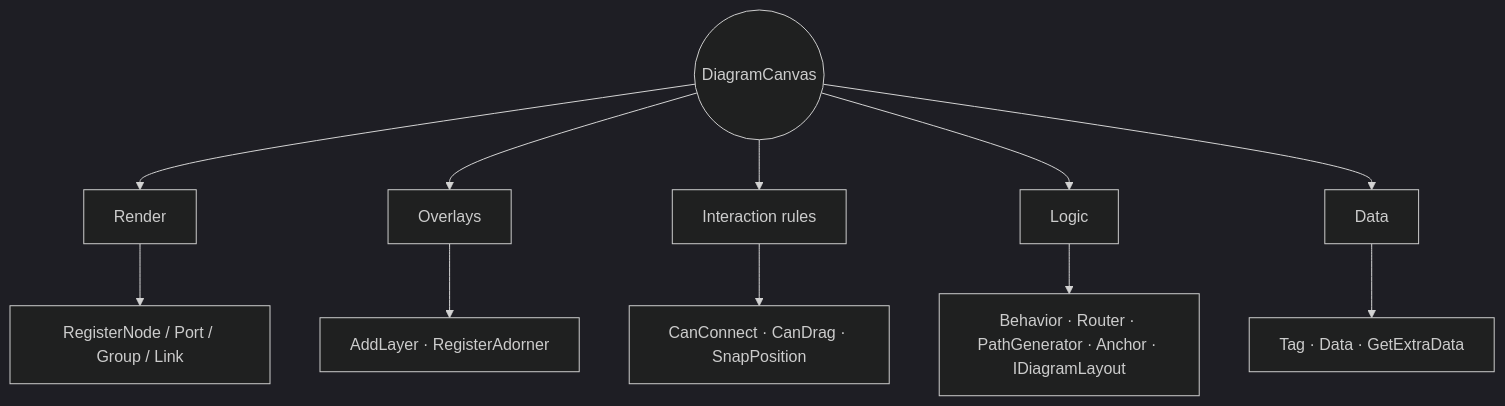
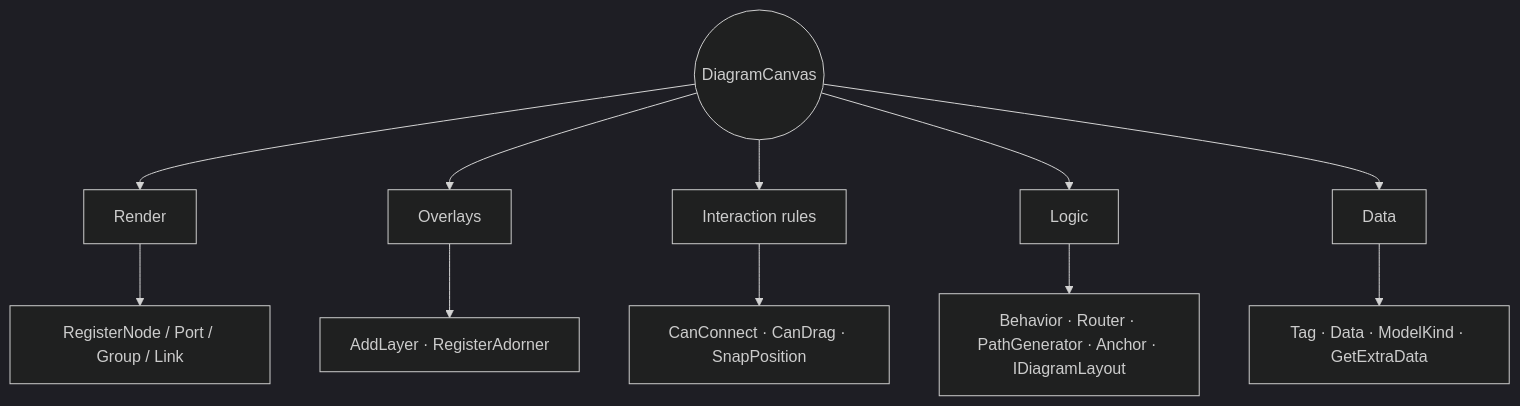
Before and after one commit to araxis/nodely: the diagram in website/docs/guides/extensibility.md, drawn with Mermaid (dark theme). The commit also changed other lines of this file and 40 other files, not shown here.

````diff
--- a/website/docs/guides/extensibility.md
+++ b/website/docs/guides/extensibility.md
@@ -12,13 +12,13 @@
 ```mermaid
 flowchart TB
     Canvas((DiagramCanvas)) --> Render
     Canvas --> Overlays
     Canvas --> Rules
     Canvas --> Logic
     Canvas --> Data
     Render["Render"] --> R1["RegisterNode / Port / Group / Link"]
     Overlays["Overlays"] --> O1["AddLayer · RegisterAdorner"]
     Rules["Interaction rules"] --> Ru1["CanConnect · CanDrag · SnapPosition"]
     Logic["Logic"] --> L1["Behavior · Router · PathGenerator · Anchor · IDiagramLayout"]
-    Data["Data"] --> D1["Tag · Data · GetExtraData"]
+    Data["Data"] --> D1["Tag · Data · ModelKind · GetExtraData"]
 ```
````
